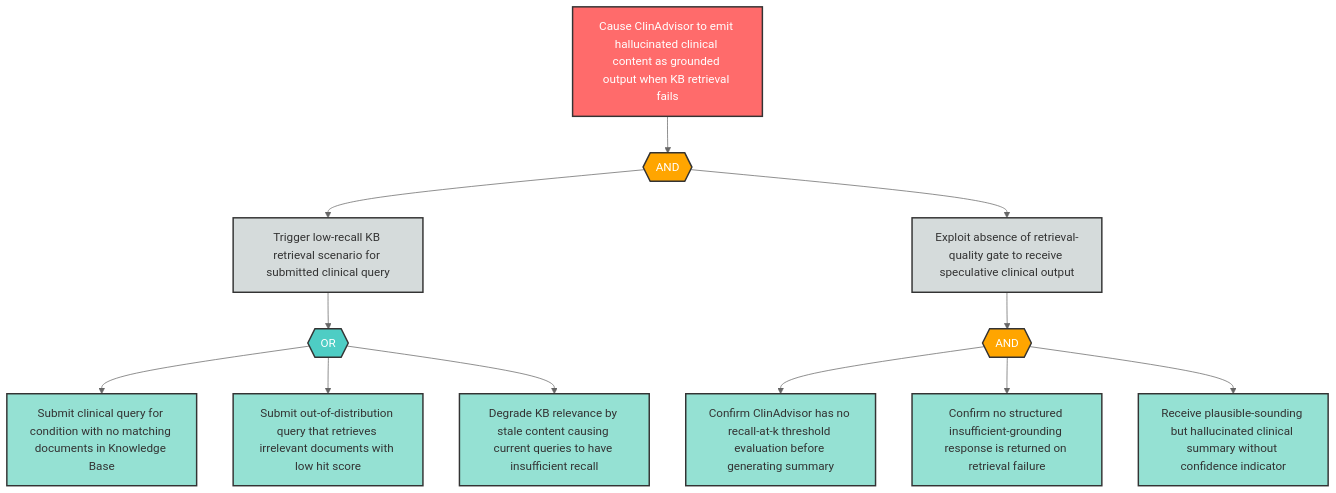
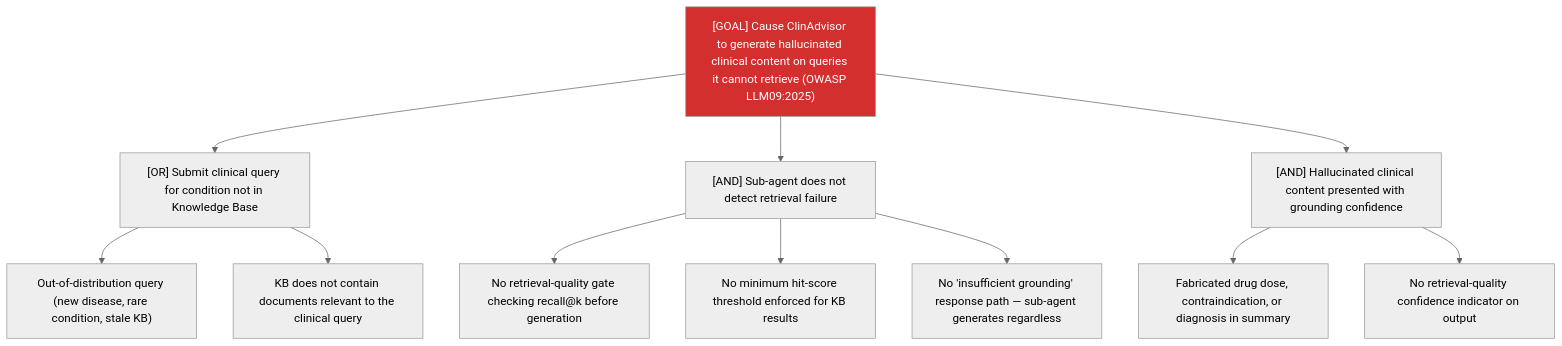
One commit to q-qp-p/davidmatousek-tachi changed the diagram in examples/agentic-app/sample-report/attack-trees/MI-3-attack-tree.md. Above: the diagram before and after it, drawn with Mermaid (neutral theme). The commit also changed other lines of this file and 132 other files, not shown here.

````diff
--- a/examples/agentic-app/sample-report/attack-trees/MI-3-attack-tree.md
+++ b/examples/agentic-app/sample-report/attack-trees/MI-3-attack-tree.md
@@ -8,39 +7,16 @@
 ```mermaid
-flowchart TD
-    MI3_root["Cause ClinAdvisor to emit hallucinated clinical content as grounded output when KB retrieval fails"]
-    MI3_and1{{"AND"}}
-    MI3_sub1["Trigger low-recall KB retrieval scenario for submitted clinical query"]
-    MI3_sub2["Exploit absence of retrieval-quality gate to receive speculative clinical output"]
-    MI3_or1{{"OR"}}
-    MI3_leaf1["Submit clinical query for condition with no matching documents in Knowledge Base"]
-    MI3_leaf2["Submit out-of-distribution query that retrieves irrelevant documents with low hit score"]
-    MI3_leaf3["Degrade KB relevance by stale content causing current queries to have insufficient recall"]
-    MI3_and2{{"AND"}}
-    MI3_leaf4["Confirm ClinAdvisor has no recall-at-k threshold evaluation before generating summary"]
-    MI3_leaf5["Confirm no structured insufficient-grounding response is returned on retrieval failure"]
-    MI3_leaf6["Receive plausible-sounding but hallucinated clinical summary without confidence indicator"]
-
-    MI3_root --> MI3_and1
-    MI3_and1 --> MI3_sub1
-    MI3_and1 --> MI3_sub2
-    MI3_sub1 --> MI3_or1
-    MI3_or1 --> MI3_leaf1
-    MI3_or1 --> MI3_leaf2
-    MI3_or1 --> MI3_leaf3
-    MI3_sub2 --> MI3_and2
-    MI3_and2 --> MI3_leaf4
-    MI3_and2 --> MI3_leaf5
-    MI3_and2 --> MI3_leaf6
-
-    classDef goal fill:#ff6b6b,stroke:#333,stroke-width:2px,color:#fff
-    classDef andGate fill:#ffa500,stroke:#333,stroke-width:2px,color:#fff
-    classDef orGate fill:#4ecdc4,stroke:#333,stroke-width:2px,color:#fff
-    classDef subGoal fill:#d5dbdb,stroke:#333,stroke-width:2px,color:#333
-    classDef leaf fill:#95e1d3,stroke:#333,stroke-width:2px,color:#333
-
-    class MI3_root goal
-    class MI3_and1,MI3_and2 andGate
-    class MI3_or1 orGate
-    class MI3_sub1,MI3_sub2 subGoal
-    class MI3_leaf1,MI3_leaf2,MI3_leaf3,MI3_leaf4,MI3_leaf5,MI3_leaf6 leaf
+graph TD
+    Goal["[GOAL] Cause ClinAdvisor to generate hallucinated clinical content on queries it cannot retrieve (OWASP LLM09:2025)"]
+    Goal --> A["[OR] Submit clinical query for condition not in Knowledge Base"]
+    A --> A1["Out-of-distribution query (new disease, rare condition, stale KB)"]
+    A --> A2["KB does not contain documents relevant to the clinical query"]
+    Goal --> B["[AND] Sub-agent does not detect retrieval failure"]
+    B --> B1["No retrieval-quality gate checking recall@k before generation"]
+    B --> B2["No minimum hit-score threshold enforced for KB results"]
+    B --> B3["No 'insufficient grounding' response path — sub-agent generates regardless"]
+    Goal --> C["[AND] Hallucinated clinical content presented with grounding confidence"]
+    C --> C1["Fabricated drug dose, contraindication, or diagnosis in summary"]
+    C --> C2["No retrieval-quality confidence indicator on output"]
+    classDef critical fill:#d32f2f,color:#fff
+    class Goal critical
 ```
````
